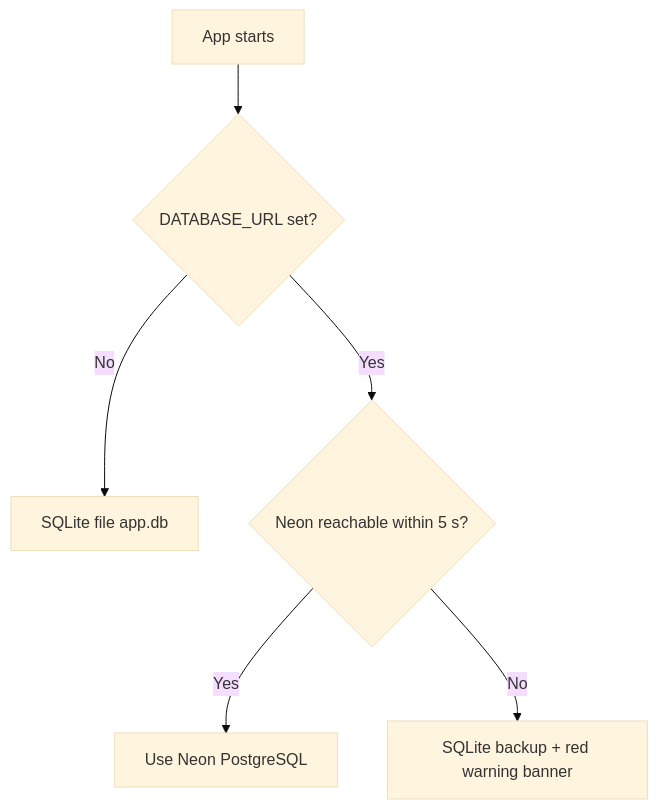
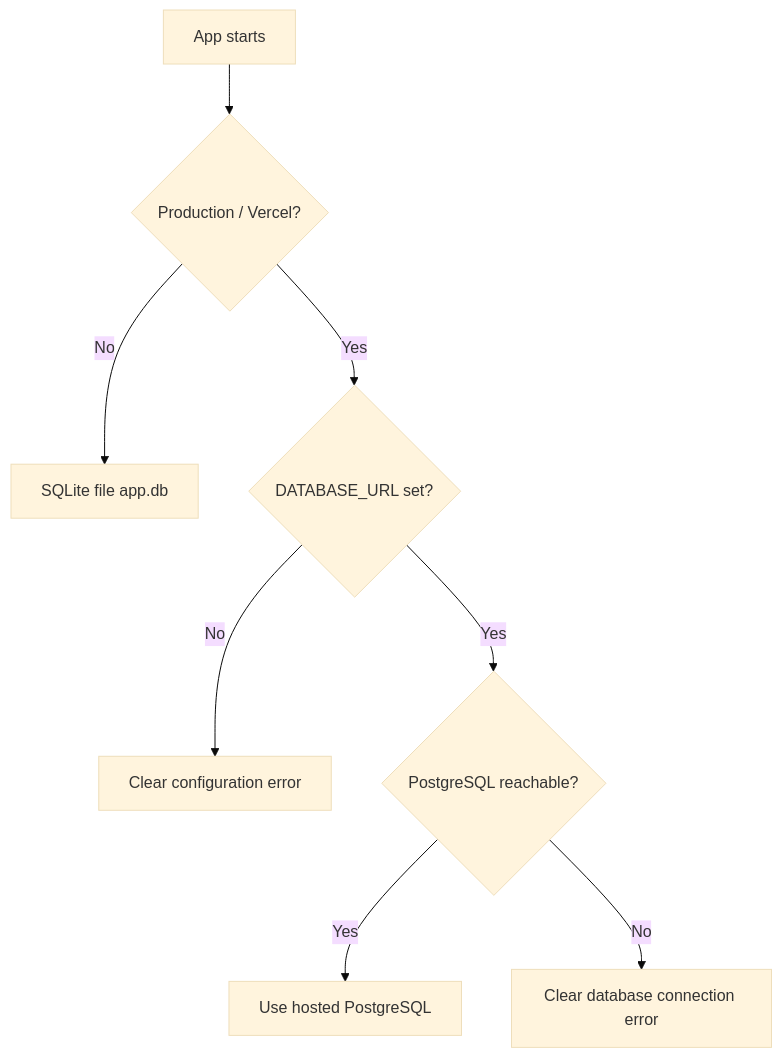
One commit to Samueladeoye2008/SEN203-PROJECT-WORK-GROUP-11 changed the fifth of 8 diagrams in README.md. Above: the diagram before and after it, drawn with Mermaid (base theme). The commit also changed other lines of this file and 27 other files, not shown here.

````diff
--- a/README.md
+++ b/README.md
@@ -133,8 +136,10 @@
 ```mermaid
 flowchart TD
-    A["App starts"] --> B{"DATABASE_URL set?"}
+    A["App starts"] --> B{"Production / Vercel?"}
     B -->|No| C["SQLite file app.db"]
-    B -->|Yes| D{"Neon reachable within 5 s?"}
-    D -->|Yes| E["Use Neon PostgreSQL"]
-    D -->|No| F["SQLite backup + red warning banner"]
+    B -->|Yes| D{"DATABASE_URL set?"}
+    D -->|No| E["Clear configuration error"]
+    D -->|Yes| F{"PostgreSQL reachable?"}
+    F -->|Yes| G["Use hosted PostgreSQL"]
+    F -->|No| H["Clear database connection error"]
 ```
````
